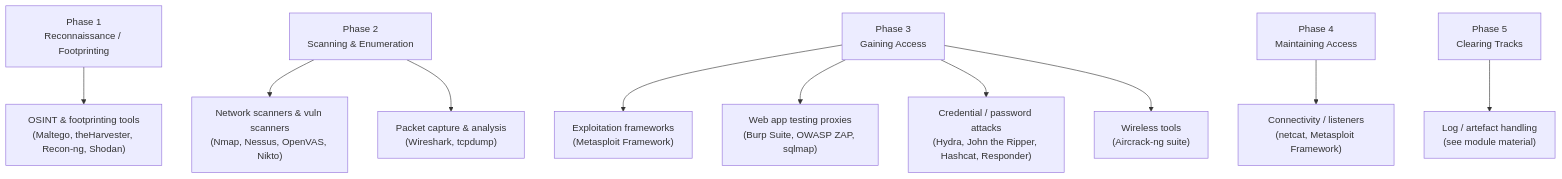
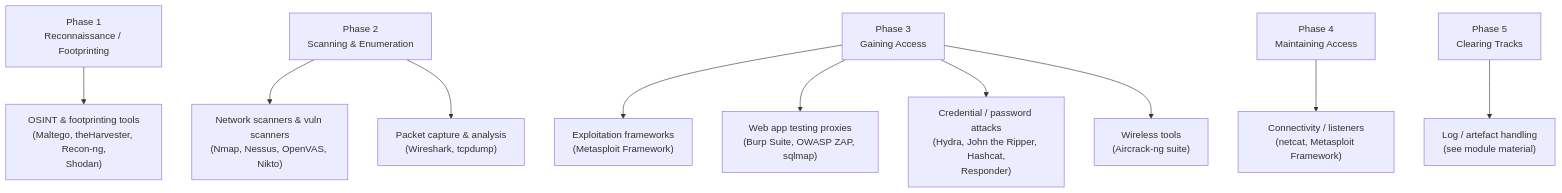
Before and after one commit to morandeirachema/WallixCerts: the diagram in ceh/tools/tools-by-phase.md, drawn with Mermaid. The commit also changed 37 other files, not shown here.

First line of the commit message:
Make Mermaid node boxes fit their text (wrap long labels) + enforce it

````diff
--- a/ceh/tools/tools-by-phase.md
+++ b/ceh/tools/tools-by-phase.md
@@ -18,12 +18,12 @@
 ```mermaid
 flowchart TD
-    Recon["Phase 1<br/>Reconnaissance / Footprinting"] --> OSINT["OSINT &amp; footprinting tools<br/>(Maltego, theHarvester, Recon-ng, Shodan)"]
+    Recon["Phase 1<br/>Reconnaissance / Footprinting"] --> OSINT["OSINT &amp; footprinting tools<br/>(Maltego, theHarvester, Recon-ng,<br/>Shodan)"]
     Scan["Phase 2<br/>Scanning &amp; Enumeration"] --> ScanCat["Network scanners &amp; vuln scanners<br/>(Nmap, Nessus, OpenVAS, Nikto)"]
     Scan --> Sniff["Packet capture &amp; analysis<br/>(Wireshark, tcpdump)"]
     Access["Phase 3<br/>Gaining Access"] --> Exploit["Exploitation frameworks<br/>(Metasploit Framework)"]
     Access --> WebTest["Web app testing proxies<br/>(Burp Suite, OWASP ZAP, sqlmap)"]
-    Access --> CredAttack["Credential / password attacks<br/>(Hydra, John the Ripper, Hashcat, Responder)"]
+    Access --> CredAttack["Credential / password attacks<br/>(Hydra, John the Ripper, Hashcat,<br/>Responder)"]
     Access --> Wireless["Wireless tools<br/>(Aircrack-ng suite)"]
     Maintain["Phase 4<br/>Maintaining Access"] --> Pivot["Connectivity / listeners<br/>(netcat, Metasploit Framework)"]
     Tracks["Phase 5<br/>Clearing Tracks"] --> LogCat["Log / artefact handling<br/>(see module material)"]
 ```
````
